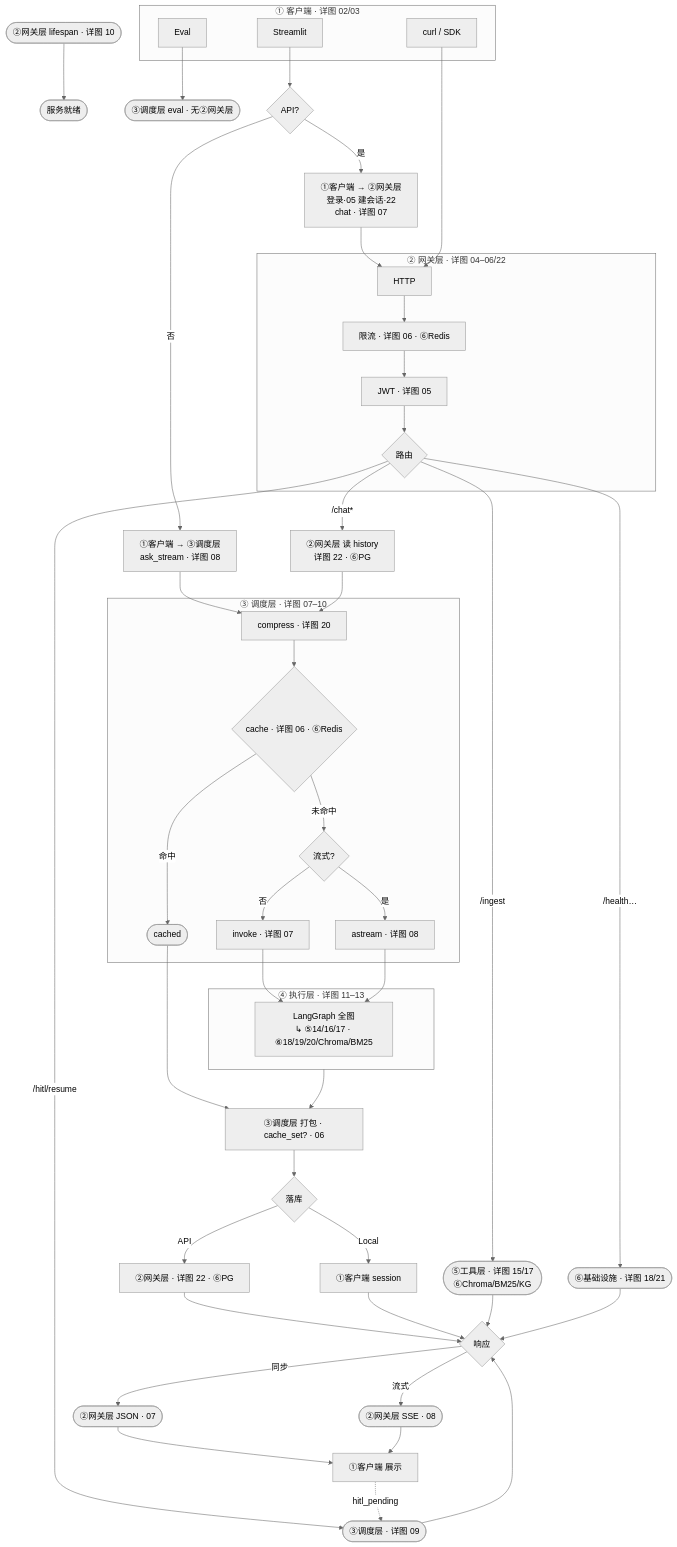
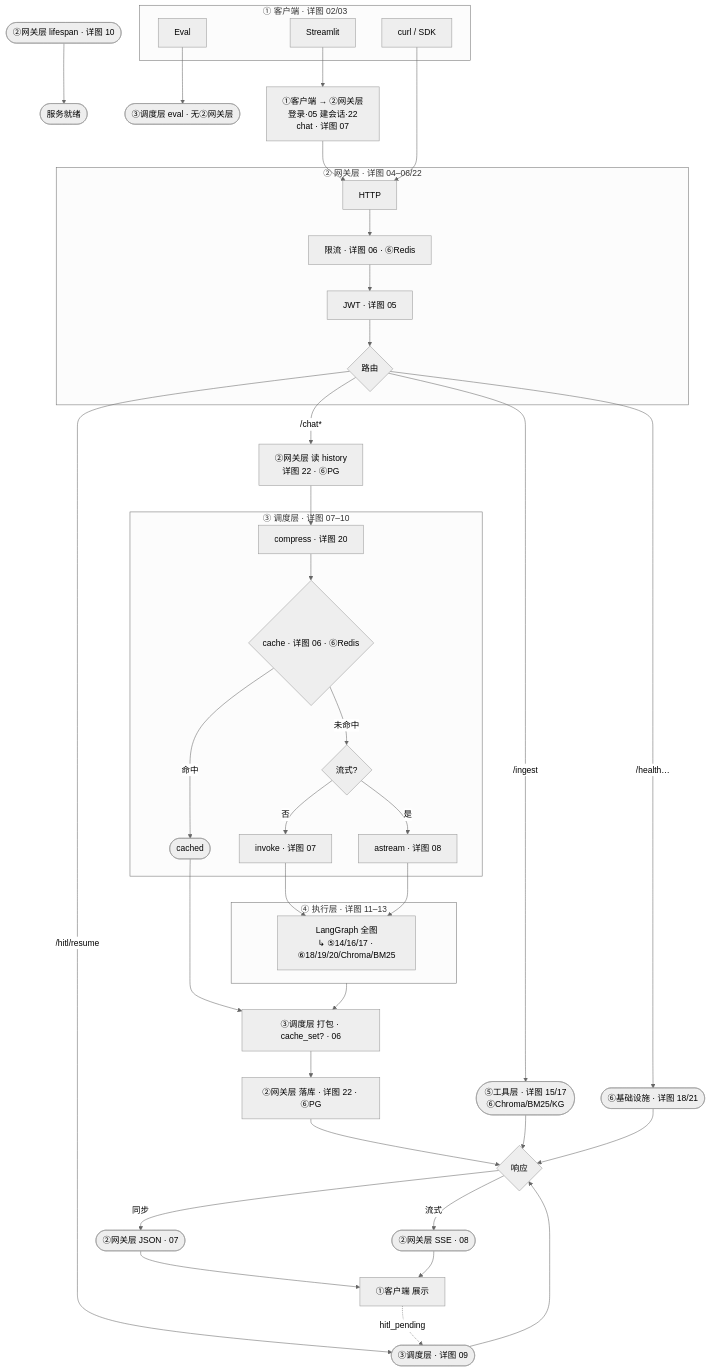
The first of 23 diagrams in project_00_rag_agent/docs/architecture.md (charlie-chann/ai-agent-langgraph-main), drawn with Mermaid (neutral theme) before and after one commit. The commit also changed other lines of this file and 20 other files, not shown here.

Commit message:
docs(project_00): 更新 README 与核心架构图集

````diff
--- a/project_00_rag_agent/docs/architecture.md
+++ b/project_00_rag_agent/docs/architecture.md
@@ -18,69 +18,63 @@
 ```mermaid
 flowchart TD
     BOOT(["②网关层 lifespan · 详图 10"]) --> READY([服务就绪])
 
     subgraph L1["① 客户端 · 详图 02/03"]
         ST[Streamlit]
         CLI[curl / SDK]
         EVAL[Eval]
     end
 
     EVAL --> EVAL_DONE(["③调度层 eval · 无②网关层"])
 
-    ST --> MODE{API?}
-    MODE -->|是| L1_API["①客户端 → ②网关层<br/>登录·05 建会话·22<br/>chat · 详图 07"]
-    MODE -->|否| L1_LOC["①客户端 → ③调度层<br/>ask_stream · 详图 08"]
+    ST --> L1_API["①客户端 → ②网关层<br/>登录·05 建会话·22<br/>chat · 详图 07"]
     L1_API --> GW
-    L1_LOC --> SCH0
     CLI --> GW
 
     subgraph L2["② 网关层 · 详图 04–06/22"]
         GW[HTTP] --> RL["限流 · 详图 06 · ⑥Redis"]
         RL --> JWT["JWT · 详图 05"]
         JWT --> ROUTE{路由}
     end
 
     ROUTE -->|/ingest| ING(["⑤工具层 · 详图 15/17<br/>⑥Chroma/BM25/KG"])
     ROUTE -->|/chat*| CHAT
     ROUTE -->|/hitl/resume| HITL_BOX(["③调度层 · 详图 09"])
     ROUTE -->|/health…| OPS(["⑥基础设施 · 详图 18/21"])
 
     CHAT["②网关层 读 history<br/>详图 22 · ⑥PG"] --> SCH0
 
     subgraph SCH["③ 调度层 · 详图 07–10"]
         SCH0["compress · 详图 20"] --> CACHE{"cache · 详图 06 · ⑥Redis"}
         CACHE -->|命中| CACHED([cached])
         CACHE -->|未命中| DRV{流式?}
         DRV -->|否| INV["invoke · 详图 07"]
         DRV -->|是| AST["astream · 详图 08"]
     end
 
     INV --> EXEC_NODE
     AST --> EXEC_NODE
 
     subgraph EXEC["④ 执行层 · 详图 11–13"]
         EXEC_NODE["LangGraph 全图<br/>↳ ⑤14/16/17 · ⑥18/19/20/Chroma/BM25"]
     end
 
     EXEC --> PACK["③调度层 打包 · cache_set? · 06"]
     CACHED --> PACK
 
-    PACK --> SAVE{落库}
-    SAVE -->|API| DB["②网关层 · 详图 22 · ⑥PG"]
-    SAVE -->|Local| SESS["①客户端 session"]
+    PACK --> DB["②网关层 落库 · 详图 22 · ⑥PG"]
     DB --> OUT
-    SESS --> OUT
     ING --> OUT
     OPS --> OUT
     HITL_BOX --> OUT
 
     OUT{响应}
     OUT -->|同步| JSON(["②网关层 JSON · 07"])
     OUT -->|流式| SSE(["②网关层 SSE · 08"])
     JSON --> UI["①客户端 展示"]
     SSE --> UI
 
     UI -.->|hitl_pending| HITL_BOX
 
     %% 六层：①客户端 ②网关层 ③调度层(07–10) ④执行层(11–13) ⑤工具层(14–17) ⑥基础设施(18–21)
 ```
````
